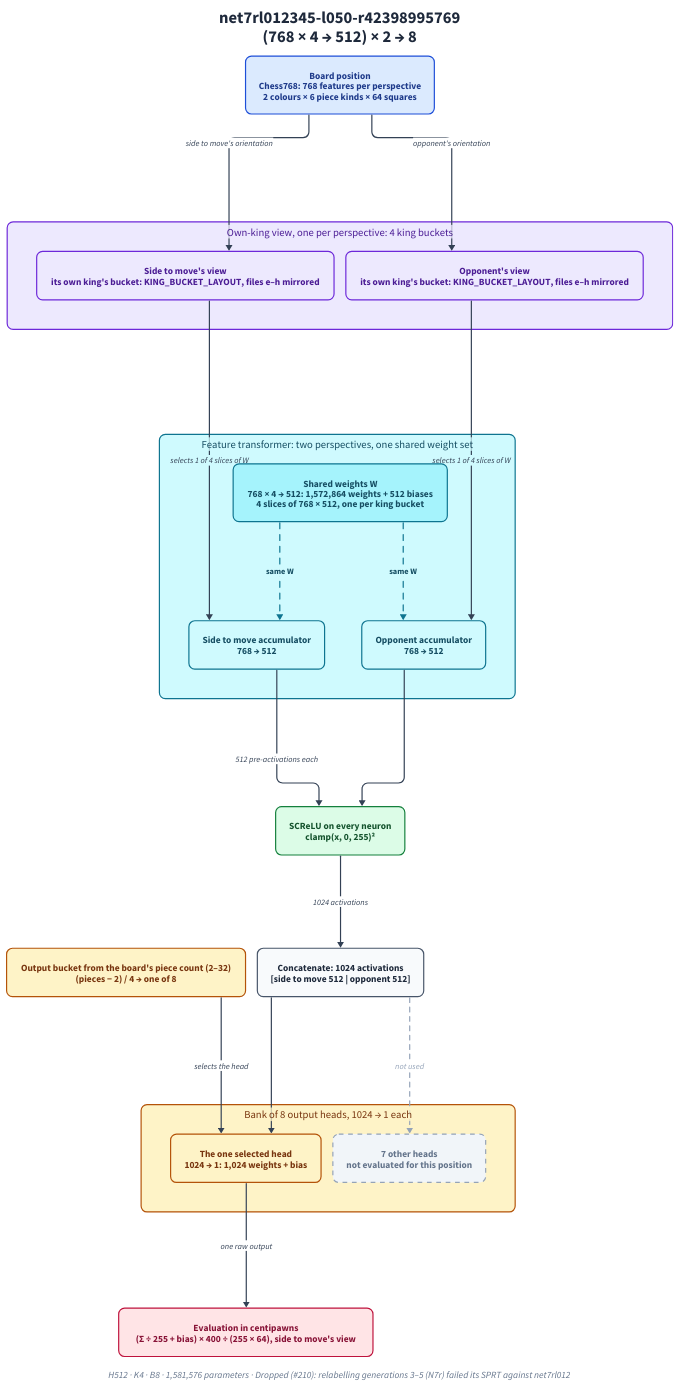
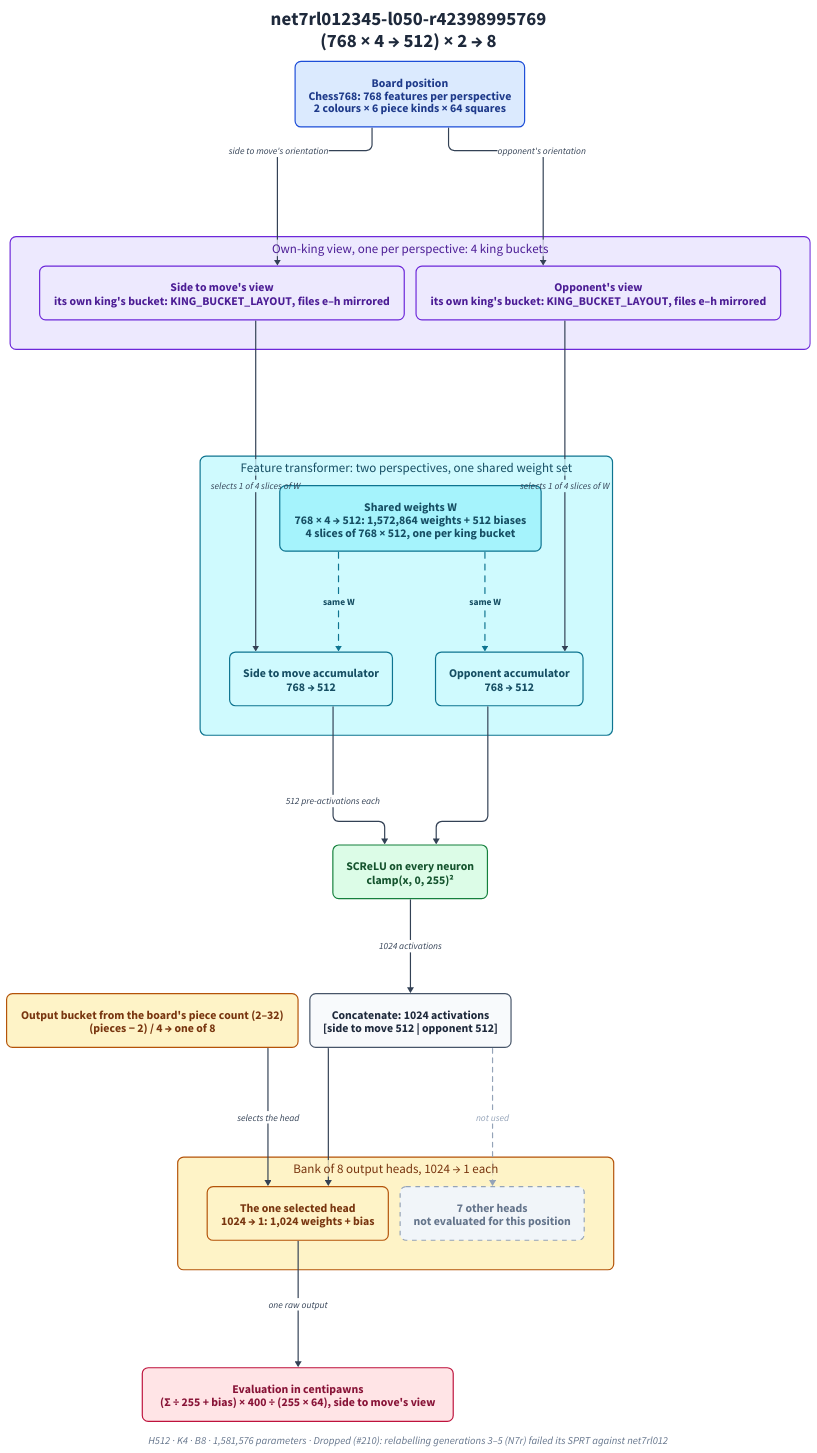
Before and after one commit to Braveheart-Chess/braveheart-trainer: the diagram in docs/nnue-architectures/diagrams/net7rl012345-l050-r42398995769.d2, drawn with D2. The commit also changed 41 other files, not shown here.

Commit message:
docs(nnue): render the architecture SVGs with their natural size so GitHub shows them full size (#244)

```diff
--- a/docs/nnue-architectures/diagrams/net7rl012345-l050-r42398995769.d2
+++ b/docs/nnue-architectures/diagrams/net7rl012345-l050-r42398995769.d2
@@ -1,154 +1,163 @@
 # net7rl012345-l050-r42398995769: (768 × 4 → 512) × 2 → 8
 # Generated by tools/nnue-diagrams from docs/nnue-architectures/manifests/net7rl012345-l050-r42398995769.json. Do not edit by hand.
 direction: down
 vars: {
   d2-config: {
     layout-engine: elk
     theme-id: 0
     pad: 24
   }
 }
 classes: {
   input: {
     style: {
       fill: "#DBEAFE"
       stroke: "#1D4ED8"
       font-color: "#1E3A8A"
       stroke-width: 2
       border-radius: 10
+      font-size: 20
     }
   }
   view: {
     style: {
       fill: "#EDE9FE"
       stroke: "#6D28D9"
       font-color: "#4C1D95"
       stroke-width: 2
       border-radius: 10
+      font-size: 20
     }
   }
   transformer: {
     style: {
       fill: "#CFFAFE"
       stroke: "#0E7490"
       font-color: "#164E63"
       stroke-width: 2
       border-radius: 10
+      font-size: 20
     }
   }
   weights: {
     style: {
       fill: "#A5F3FC"
       stroke: "#0E7490"
       font-color: "#164E63"
       stroke-width: 2
       border-radius: 10
+      font-size: 20
       bold: true
     }
   }
   activation: {
     style: {
       fill: "#DCFCE7"
       stroke: "#15803D"
       font-color: "#14532D"
       stroke-width: 2
       border-radius: 10
+      font-size: 20
     }
   }
   head: {
     style: {
       fill: "#FEF3C7"
       stroke: "#B45309"
       font-color: "#78350F"
       stroke-width: 2
       border-radius: 10
+      font-size: 20
     }
   }
   eval: {
     style: {
       fill: "#FFE4E6"
       stroke: "#BE123C"
       font-color: "#881337"
       stroke-width: 2
       border-radius: 10
+      font-size: 20
       bold: true
     }
   }
   neutral: {
     style: {
       fill: "#F8FAFC"
       stroke: "#475569"
       font-color: "#1E293B"
       stroke-width: 2
       border-radius: 10
+      font-size: 20
     }
   }
   muted: {
     style: {
       fill: "#F1F5F9"
       stroke: "#94A3B8"
       font-color: "#64748B"
       stroke-width: 2
       border-radius: 10
+      font-size: 20
       stroke-dash: 4
     }
   }
-  flow: { style: { stroke: "#334155"; stroke-width: 2; font-color: "#334155"; font-size: 14 } }
-  faint: { style: { stroke: "#94A3B8"; stroke-width: 2; stroke-dash: 4; font-color: "#94A3B8"; font-size: 14 } }
-  shared: { style: { stroke: "#0E7490"; stroke-width: 2; stroke-dash: 5; font-color: "#164E63"; font-size: 14; bold: true } }
+  flow: { style: { stroke: "#334155"; stroke-width: 2; font-color: "#334155"; font-size: 16 } }
+  faint: { style: { stroke: "#94A3B8"; stroke-width: 2; stroke-dash: 4; font-color: "#94A3B8"; font-size: 16 } }
+  shared: { style: { stroke: "#0E7490"; stroke-width: 2; stroke-dash: 5; font-color: "#164E63"; font-size: 16; bold: true } }
 }
 
 title: "net7rl012345-l050-r42398995769\n(768 × 4 → 512) × 2 → 8" {
   shape: text
   near: top-center
-  style: { font-size: 28; bold: true; font-color: "#1E293B" }
+  style: { font-size: 32; bold: true; font-color: "#1E293B" }
 }
 caption: "H512 · K4 · B8  ·  1,581,576 parameters  ·  Dropped (#210): relabelling generations 3–5 (N7r) failed its SPRT against net7rl012" {
   shape: text
   near: bottom-center
-  style: { font-size: 16; font-color: "#64748B"; italic: true }
+  style: { font-size: 18; font-color: "#64748B"; italic: true }
 }
 
 board: "Board position\nChess768: 768 features per perspective\n2 colours × 6 piece kinds × 64 squares" { class: input }
 
 views: "Own-king view, one per perspective: 4 king buckets" {
   class: view
-  style.font-size: 18
+  style.font-size: 22
   us: "Side to move's view\nits own king's bucket: KING_BUCKET_LAYOUT, files e–h mirrored" { class: view }
   them: "Opponent's view\nits own king's bucket: KING_BUCKET_LAYOUT, files e–h mirrored" { class: view }
 }
 
 ft: "Feature transformer: two perspectives, one shared weight set" {
   class: transformer
-  style.font-size: 18
+  style.font-size: 22
   w: "Shared weights W\n768 × 4 → 512: 1,572,864 weights + 512 biases\n4 slices of 768 × 512, one per king bucket" { class: weights }
   us: "Side to move accumulator\n768 → 512" { class: transformer }
   them: "Opponent accumulator\n768 → 512" { class: transformer }
   w -> us: "same W" { class: shared }
   w -> them: "same W" { class: shared }
 }
 
 screlu: "SCReLU on every neuron\nclamp(x, 0, 255)²" { class: activation }
 concat: "Concatenate: 1024 activations\n[side to move 512 | opponent 512]" { class: neutral }
 
 select: "Output bucket from the board's piece count (2–32)\n(pieces − 2) / 4  →  one of 8" { class: head }
 heads: "Bank of 8 output heads, 1024 → 1 each" {
   class: head
-  style.font-size: 18
+  style.font-size: 22
   chosen: "The one selected head\n1024 → 1: 1,024 weights + bias" { class: head }
   rest: "7 other heads\nnot evaluated for this position" { class: muted }
 }
 
 eval: "Evaluation in centipawns\n(Σ ÷ 255 + bias) × 400 ÷ (255 × 64), side to move's view" { class: eval }
 
 board -> views.us: "side to move's orientation" { class: flow }
 board -> views.them: "opponent's orientation" { class: flow }
 views.us -> ft.us: "selects 1 of 4 slices of W" { class: flow }
 views.them -> ft.them: "selects 1 of 4 slices of W" { class: flow }
 ft.us -> screlu: "512 pre-activations each" { class: flow }
 ft.them -> screlu: { class: flow }
 screlu -> concat: "1024 activations" { class: flow }
 select -> heads.chosen: "selects the head" { class: flow }
 concat -> heads.rest: "not used" { class: faint }
 concat -> heads.chosen: { class: flow }
 heads.chosen -> eval: "one raw output" { class: flow }
```
